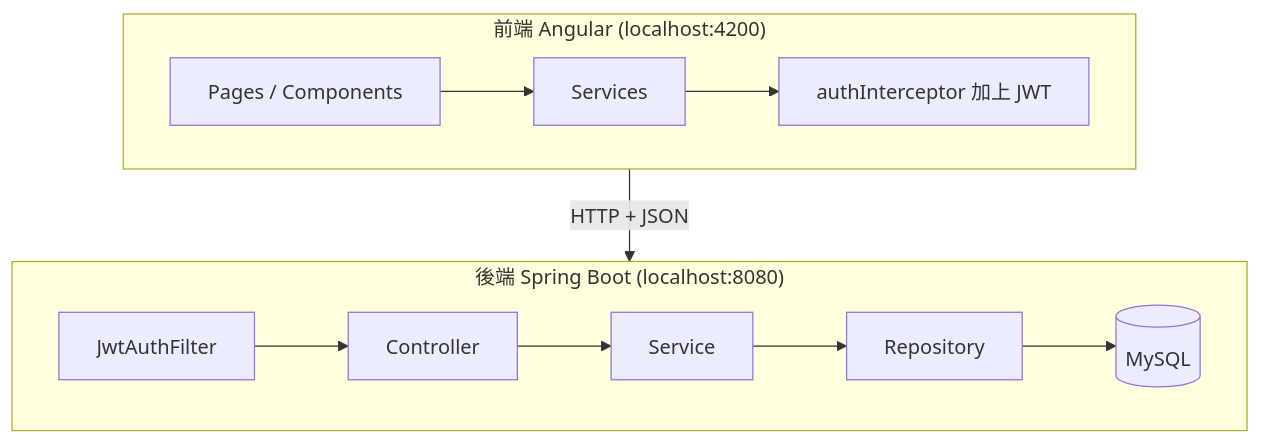
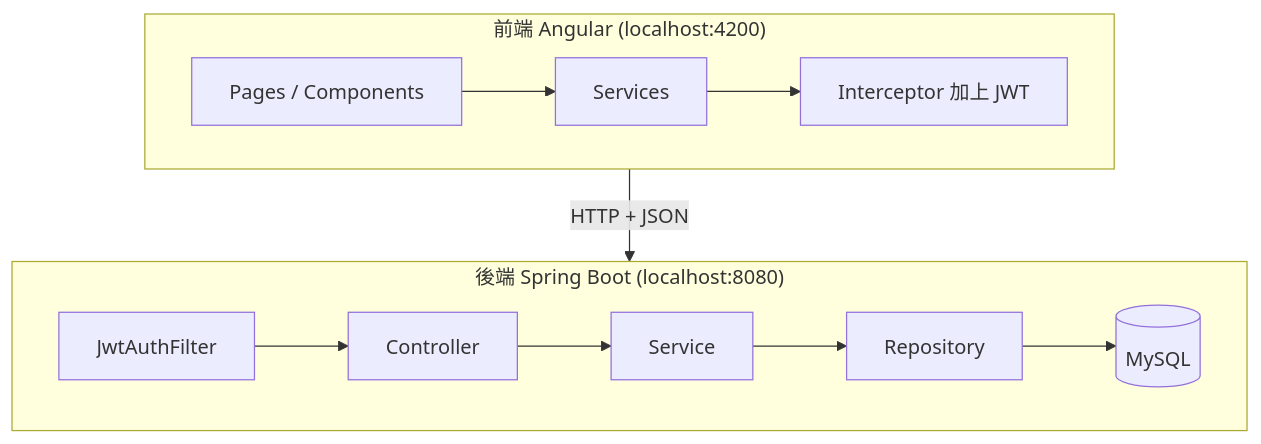
Before and after one commit to gagahsu/slidev-springboot: the diagram in 47-dynamic-survey.md, drawn with Mermaid. The commit also changed other lines of this file and 72 other files, not shown here.

````diff
--- a/47-dynamic-survey.md
+++ b/47-dynamic-survey.md
@@ -92,12 +105,12 @@
 ```mermaid
 graph TB
     subgraph Frontend["前端 Angular (localhost:4200)"]
         direction LR
-        Pages[Pages / Components] --> Svc[Services] --> Interceptor[authInterceptor 加上 JWT]
+        Pages[Pages / Components] --> Svc[Services] --> Interceptor[Interceptor 加上 JWT]
     end
     subgraph Backend["後端 Spring Boot (localhost:8080)"]
         direction LR
         Filter[JwtAuthFilter] --> Controller --> Service --> Repository --> DB[(MySQL)]
     end
     Frontend -->|HTTP + JSON| Backend
 ```
````
